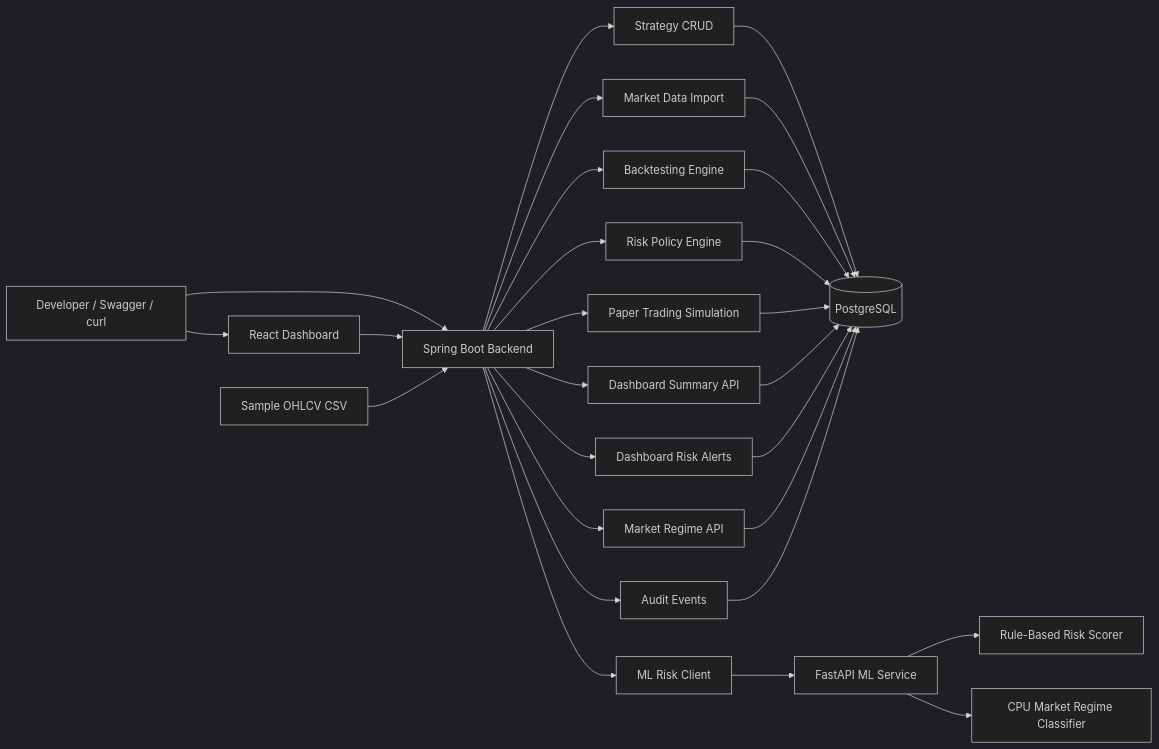
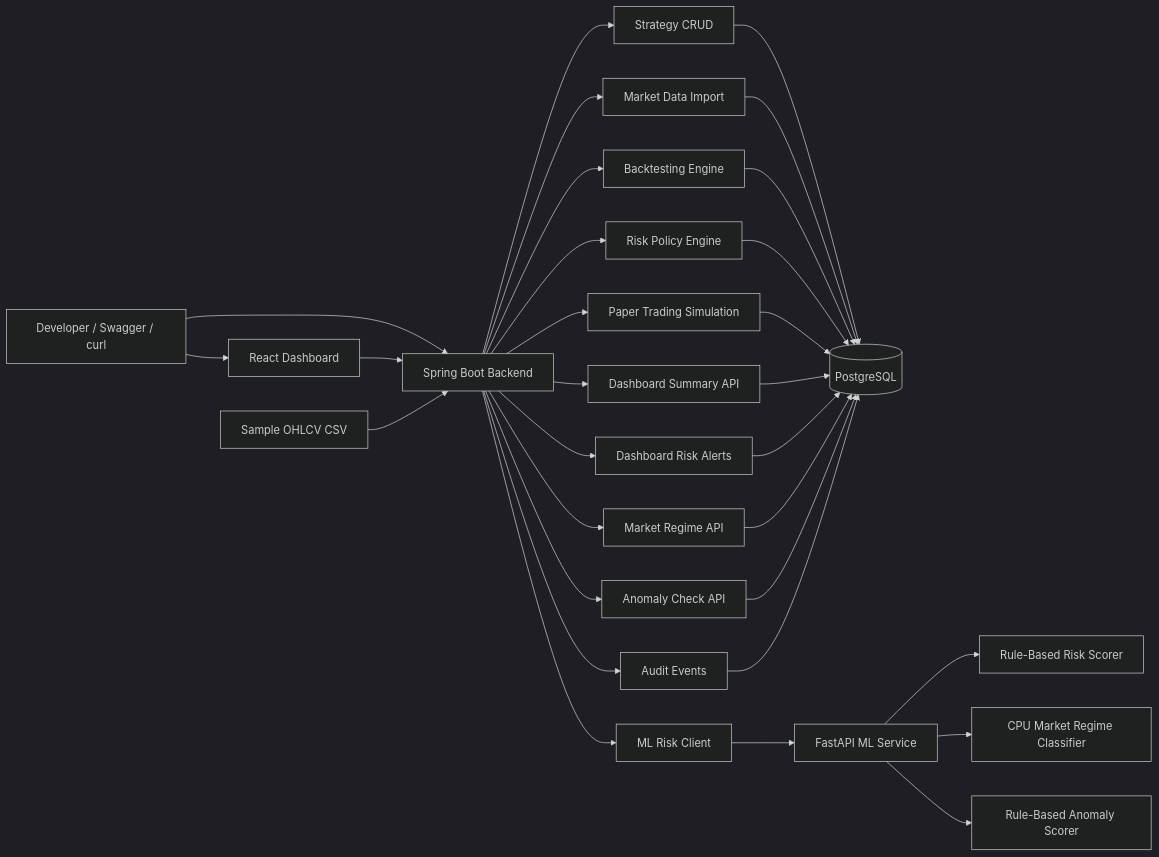
Before and after one commit to isthisjason/signal-attention: the diagram in docs/architecture.md, drawn with Mermaid (dark theme). The commit also changed other lines of this file and 3 other files, not shown here.

````diff
--- a/docs/architecture.md
+++ b/docs/architecture.md
@@ -3,32 +3,35 @@
 ```mermaid
 flowchart LR
     user[Developer / Swagger / curl] --> backend[Spring Boot Backend]
     user --> frontend[React Dashboard]
     frontend --> backend
     csv[Sample OHLCV CSV] --> backend
 
     backend --> strategies[Strategy CRUD]
     backend --> marketdata[Market Data Import]
     backend --> backtests[Backtesting Engine]
     backend --> risk[Risk Policy Engine]
     backend --> paper[Paper Trading Simulation]
     backend --> dashboard[Dashboard Summary API]
     backend --> alerts[Dashboard Risk Alerts]
     backend --> regime[Market Regime API]
+    backend --> anomaly[Anomaly Check API]
     backend --> audit[Audit Events]
     backend --> mlclient[ML Risk Client]
 
     strategies --> postgres[(PostgreSQL)]
     marketdata --> postgres
     backtests --> postgres
     risk --> postgres
     paper --> postgres
     dashboard --> postgres
     alerts --> postgres
     regime --> postgres
+    anomaly --> postgres
     audit --> postgres
 
     mlclient --> ml[FastAPI ML Service]
     ml --> scorer[Rule-Based Risk Scorer]
     ml --> regimeClassifier[CPU Market Regime Classifier]
+    ml --> anomalyScorer[Rule-Based Anomaly Scorer]
 ```
````
